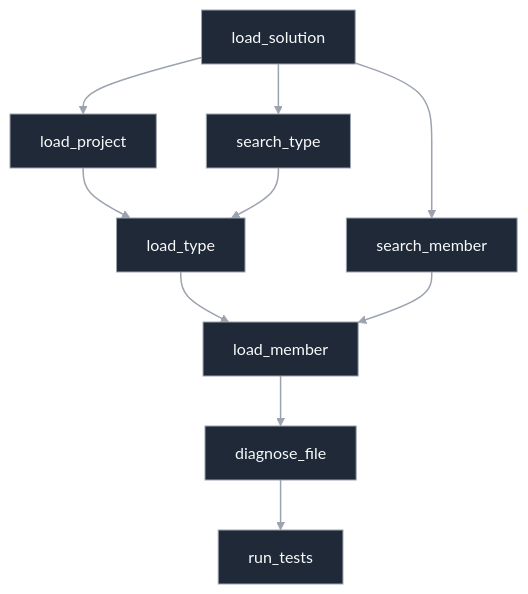
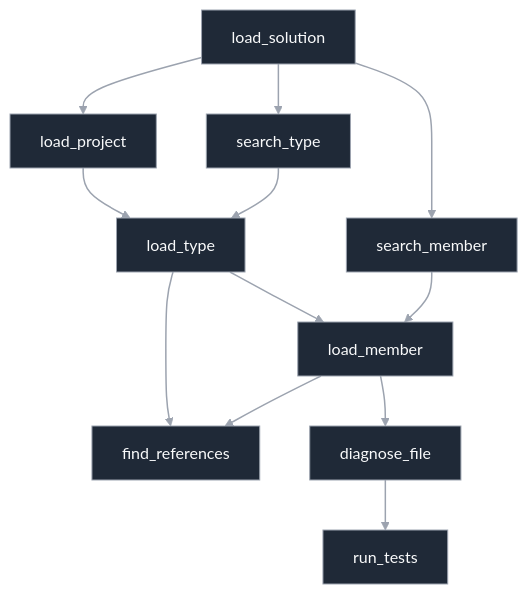
One commit to bob-clawd/RoslynMcp changed the diagram in README.md. Above: the diagram before and after it, drawn with Mermaid. The commit also changed 3 other files, not shown here.

First line of the commit message:
add find_references for impact-aware symbol inspection

````diff
--- a/README.md
+++ b/README.md
@@ -60,20 +60,22 @@
 ```mermaid
 %%{init: {"theme": "base", "themeVariables": { "background": "transparent" }}}%%
 flowchart TD
     ls[load_solution] --> lp[load_project]
     lp --> lt[load_type]
     lt --> lm[load_member]
+    lt --> fr[find_references]
 
     ls --> st[search_type]
     ls --> sm[search_member]
 
     st --> lt
     sm --> lm
 
+    lm --> fr
     lm --> df[diagnose_file]
     df --> rt[run_tests]
 
     classDef tool fill:#1f2937,stroke:#9ca3af,color:#f9fafb;
-    class ls,lp,lt,lm,st,sm,df,rt tool;
+    class ls,lp,lt,lm,fr,st,sm,df,rt tool;
     linkStyle default stroke:#9ca3af,stroke-width:1.5px;
 ```
````
